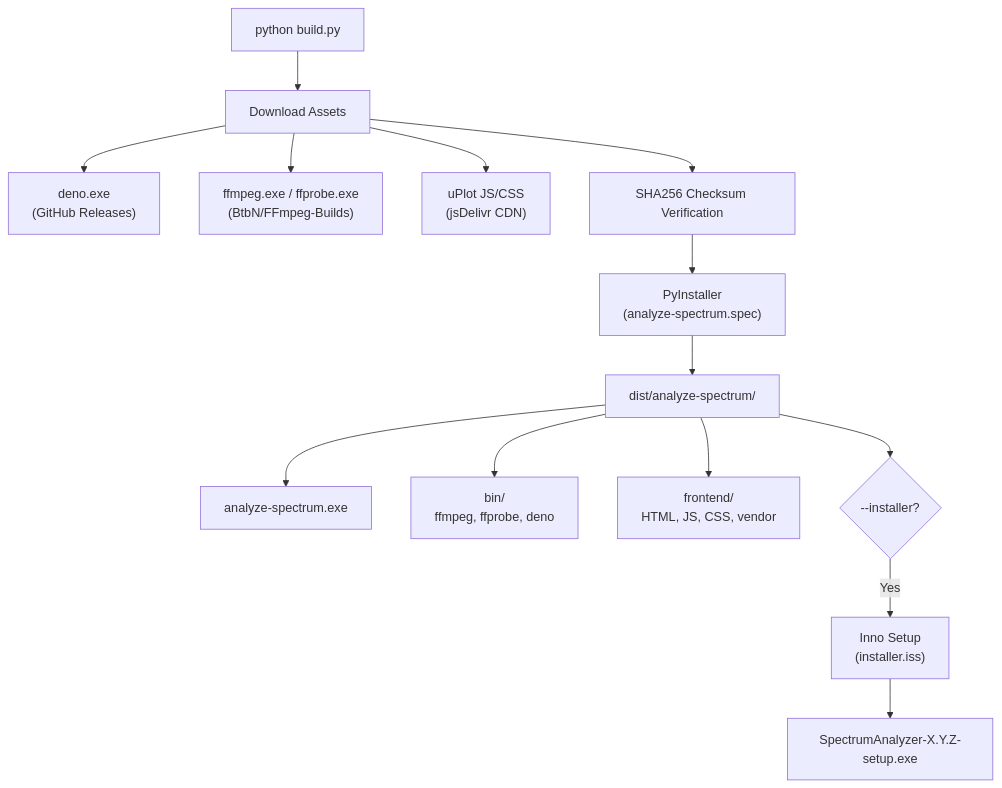
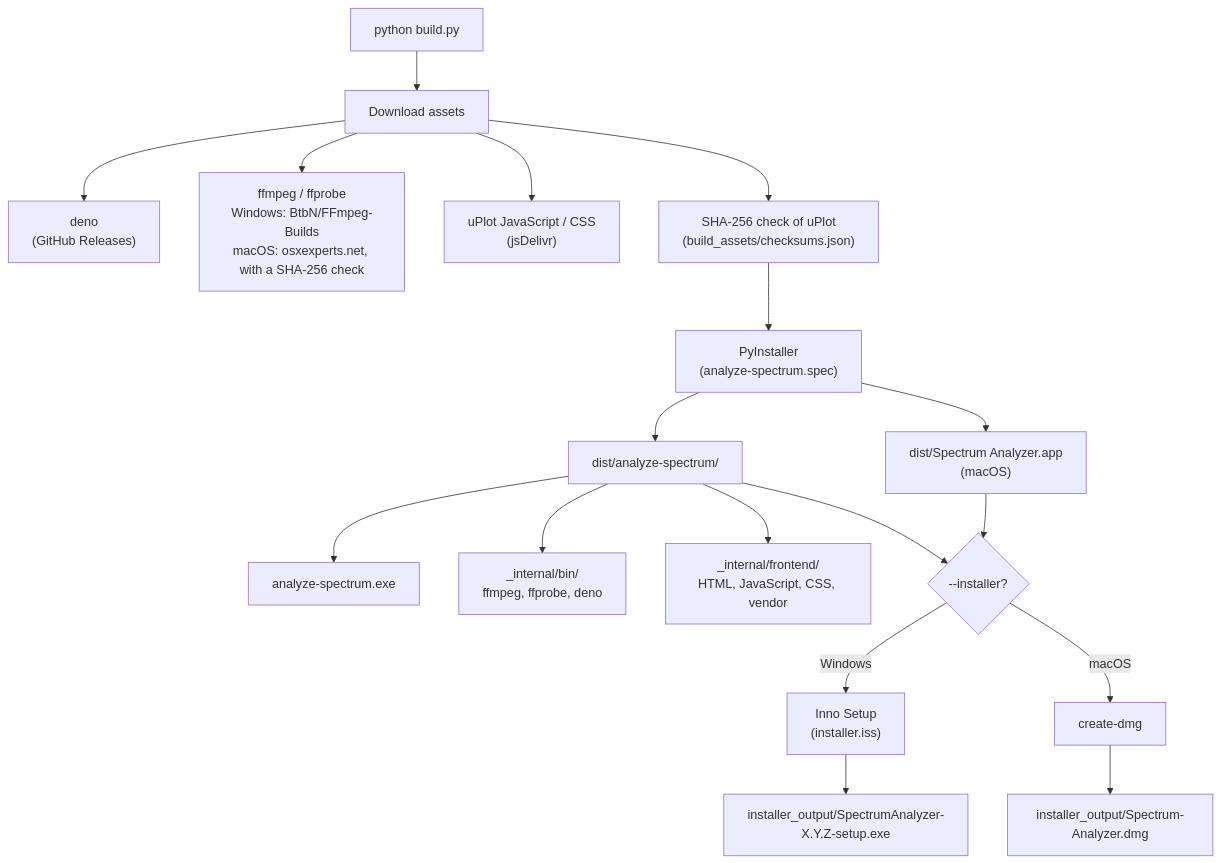
Before and after one commit to semnil/analyze-spectrum: diagram 16 of 18 in docs/architecture.md, drawn with Mermaid. The commit also changed other lines of this file and 7 other files, not shown here.

````diff
--- a/docs/architecture.md
+++ b/docs/architecture.md
@@ -446,22 +496,26 @@
 ```mermaid
 flowchart TD
     BUILD["python build.py"]
-    DL_ASSETS["Download Assets"]
+    DL_ASSETS["Download assets"]
 
-    DL_ASSETS --> DENO["deno.exe<br>(GitHub Releases)"]
-    DL_ASSETS --> FFMPEG["ffmpeg.exe / ffprobe.exe<br>(BtbN/FFmpeg-Builds)"]
-    DL_ASSETS --> UPLOT["uPlot JS/CSS<br>(jsDelivr CDN)"]
+    DL_ASSETS --> DENO["deno<br>(GitHub Releases)"]
+    DL_ASSETS --> FFMPEG["ffmpeg / ffprobe<br>Windows: BtbN/FFmpeg-Builds<br>macOS: osxexperts.net, with a SHA-256 check"]
+    DL_ASSETS --> UPLOT["uPlot JavaScript / CSS<br>(jsDelivr)"]
 
     BUILD --> DL_ASSETS
-    DL_ASSETS --> VERIFY["SHA256 Checksum Verification"]
+    DL_ASSETS --> VERIFY["SHA-256 check of uPlot<br>(build_assets/checksums.json)"]
     VERIFY --> PYINST["PyInstaller<br>(analyze-spectrum.spec)"]
 
     PYINST --> BUNDLE["dist/analyze-spectrum/"]
     BUNDLE --> EXE["analyze-spectrum.exe"]
-    BUNDLE --> BIN["bin/<br>ffmpeg, ffprobe, deno"]
-    BUNDLE --> FE["frontend/<br>HTML, JS, CSS, vendor"]
+    BUNDLE --> BIN["_internal/bin/<br>ffmpeg, ffprobe, deno"]
+    BUNDLE --> FE["_internal/frontend/<br>HTML, JavaScript, CSS, vendor"]
+    PYINST --> APP["dist/Spectrum Analyzer.app<br>(macOS)"]
 
     BUNDLE --> ISS{"--installer?"}
-    ISS -->|Yes| INNO["Inno Setup<br>(installer.iss)"]
-    INNO --> SETUP["SpectrumAnalyzer-X.Y.Z-setup.exe"]
+    APP --> ISS
+    ISS -->|Windows| INNO["Inno Setup<br>(installer.iss)"]
+    INNO --> SETUP["installer_output/SpectrumAnalyzer-X.Y.Z-setup.exe"]
+    ISS -->|macOS| CDMG["create-dmg"]
+    CDMG --> DMG["installer_output/Spectrum-Analyzer.dmg"]
 ```
````
